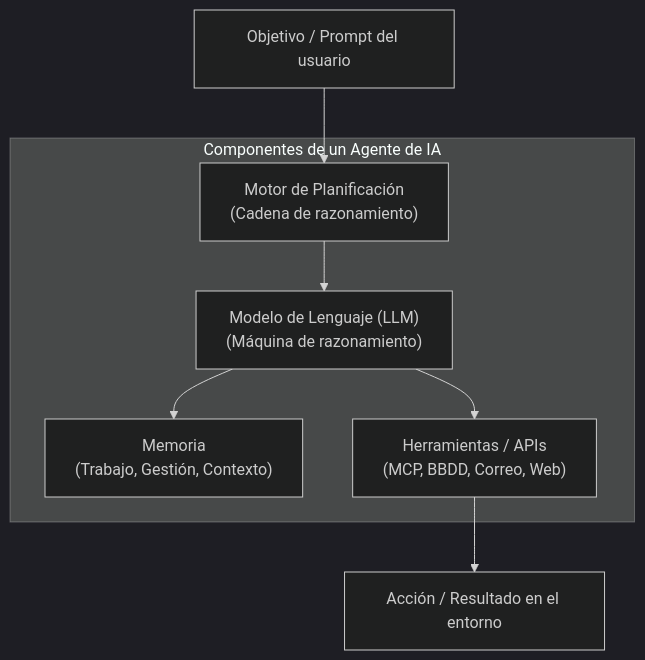
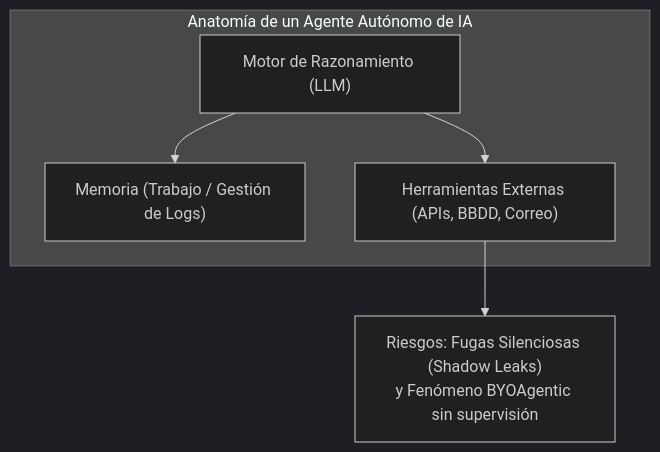
Before and after one commit to JohnDSil/apuntes_asir: the sixth of 6 diagrams in docs/2-curso/sad/05-marco-legal-rgpd-aepd.md, drawn with Mermaid (dark theme). The commit also changed other lines of this file and 5 other files, not shown here.

````diff
--- a/docs/2-curso/sad/05-marco-legal-rgpd-aepd.md
+++ b/docs/2-curso/sad/05-marco-legal-rgpd-aepd.md
@@ -369,15 +167,11 @@
 ```mermaid
 flowchart TD
-    subgraph Componentes ["Componentes de un Agente de IA"]
-        LLM["Modelo de Lenguaje (LLM)\n(Máquina de razonamiento)"]
-        MEM["Memoria\n(Trabajo, Gestión, Contexto)"]
-        TOOLS["Herramientas / APIs\n(MCP, BBDD, Correo, Web)"]
-        PLAN["Motor de Planificación\n(Cadena de razonamiento)"]
+    subgraph AGENTE ["Anatomía de un Agente Autónomo de IA"]
+        LLM["Motor de Razonamiento (LLM)"]
+        MEM["Memoria (Trabajo / Gestión de Logs)"]
+        TOOLS["Herramientas Externas (APIs, BBDD, Correo)"]
     end
-
-    Input["Objetivo / Prompt del usuario"] --> PLAN
-    PLAN --> LLM
+    LLM --> MEM
     LLM --> TOOLS
-    LLM --> MEM
-    TOOLS --> Output["Acción / Resultado en el entorno"]
+    TOOLS --> IMPACT["Riesgos: Fugas Silenciosas (Shadow Leaks)\ny Fenómeno BYOAgentic sin supervisión"]
 ```
````
